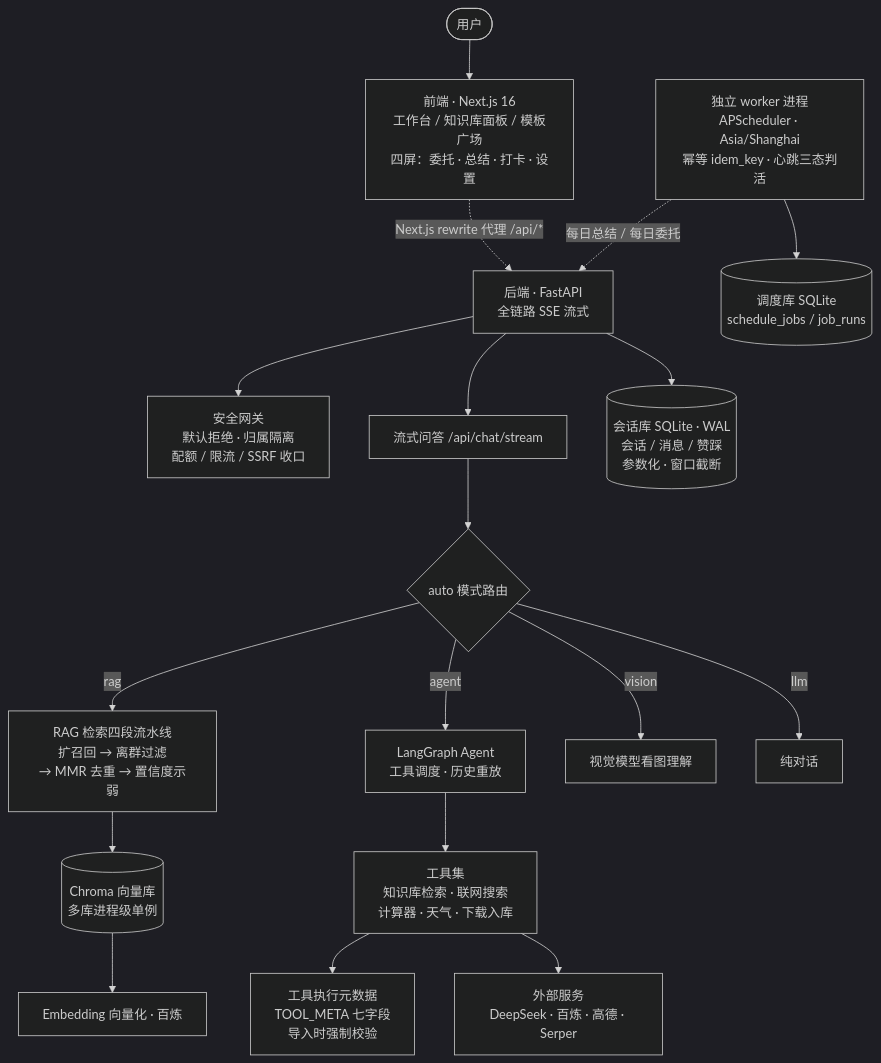
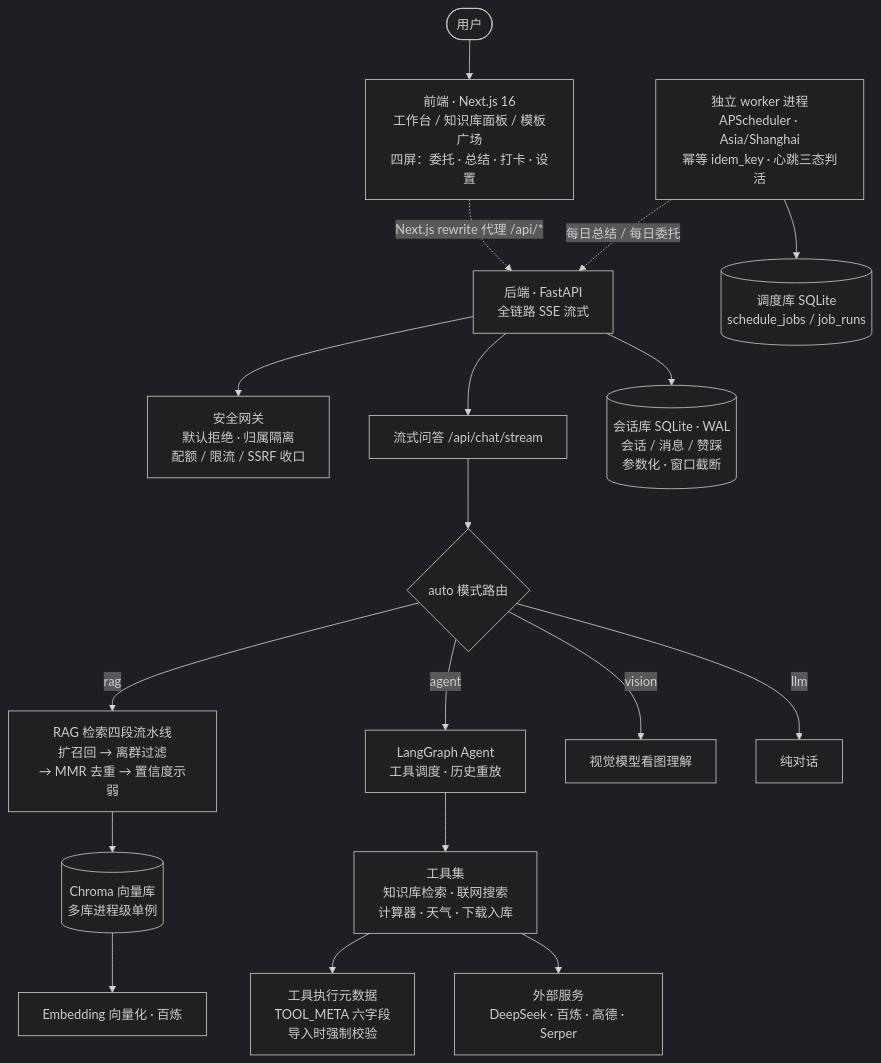
One commit to baomi888/agent-hub changed the diagram in README.md. Above: the diagram before and after it, drawn with Mermaid (dark theme). The commit also changed other lines of this file and 3 other files, not shown here.

````diff
--- a/README.md
+++ b/README.md
@@ -143,24 +143,24 @@
 ```mermaid
 flowchart TB
     U([用户]) --> FE[前端 · Next.js 16<br/>工作台 / 知识库面板 / 模板广场<br/>四屏：委托 · 总结 · 打卡 · 设置]
     FE -. "Next.js rewrite 代理 /api/*" .-> BE[后端 · FastAPI<br/>全链路 SSE 流式]
 
     BE --> GW[安全网关<br/>默认拒绝 · 归属隔离<br/>配额 / 限流 / SSRF 收口]
     BE --> CHAT[流式问答 /api/chat/stream]
 
     CHAT --> ROUTE{auto 模式路由}
     ROUTE -->|rag| RAG[RAG 检索四段流水线<br/>扩召回 → 离群过滤<br/>→ MMR 去重 → 置信度示弱]
     ROUTE -->|agent| AGENT[LangGraph Agent<br/>工具调度 · 历史重放]
     ROUTE -->|vision| VISION[视觉模型看图理解]
     ROUTE -->|llm| LLM[纯对话]
 
     RAG --> VS[("Chroma 向量库<br/>多库进程级单例")]
     AGENT --> TOOLS[工具集<br/>知识库检索 · 联网搜索<br/>计算器 · 天气 · 下载入库]
-    TOOLS --> TR[工具执行元数据<br/>TOOL_META 七字段<br/>导入时强制校验]
+    TOOLS --> TR[工具执行元数据<br/>TOOL_META 六字段<br/>导入时强制校验]
     TOOLS --> EXT[外部服务<br/>DeepSeek · 百炼 · 高德 · Serper]
     VS --> EMB[Embedding 向量化 · 百炼]
 
     BE --> STORE[("会话库 SQLite · WAL<br/>会话 / 消息 / 赞踩<br/>参数化 · 窗口截断")]
     WK[独立 worker 进程<br/>APScheduler · Asia/Shanghai<br/>幂等 idem_key · 心跳三态判活] --> SDB[("调度库 SQLite<br/>schedule_jobs / job_runs")]
     WK -.->|"每日总结 / 每日委托"| BE
 ```
````
